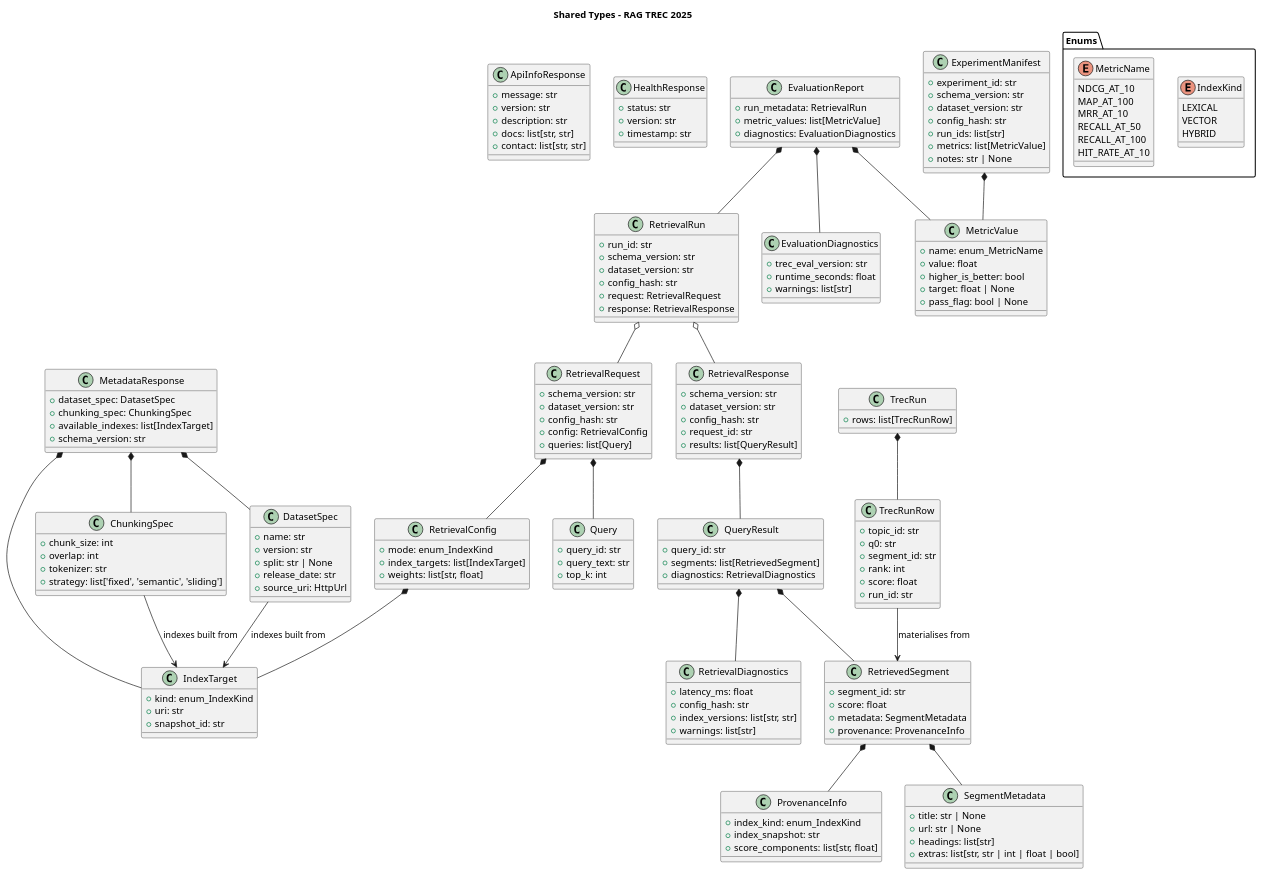
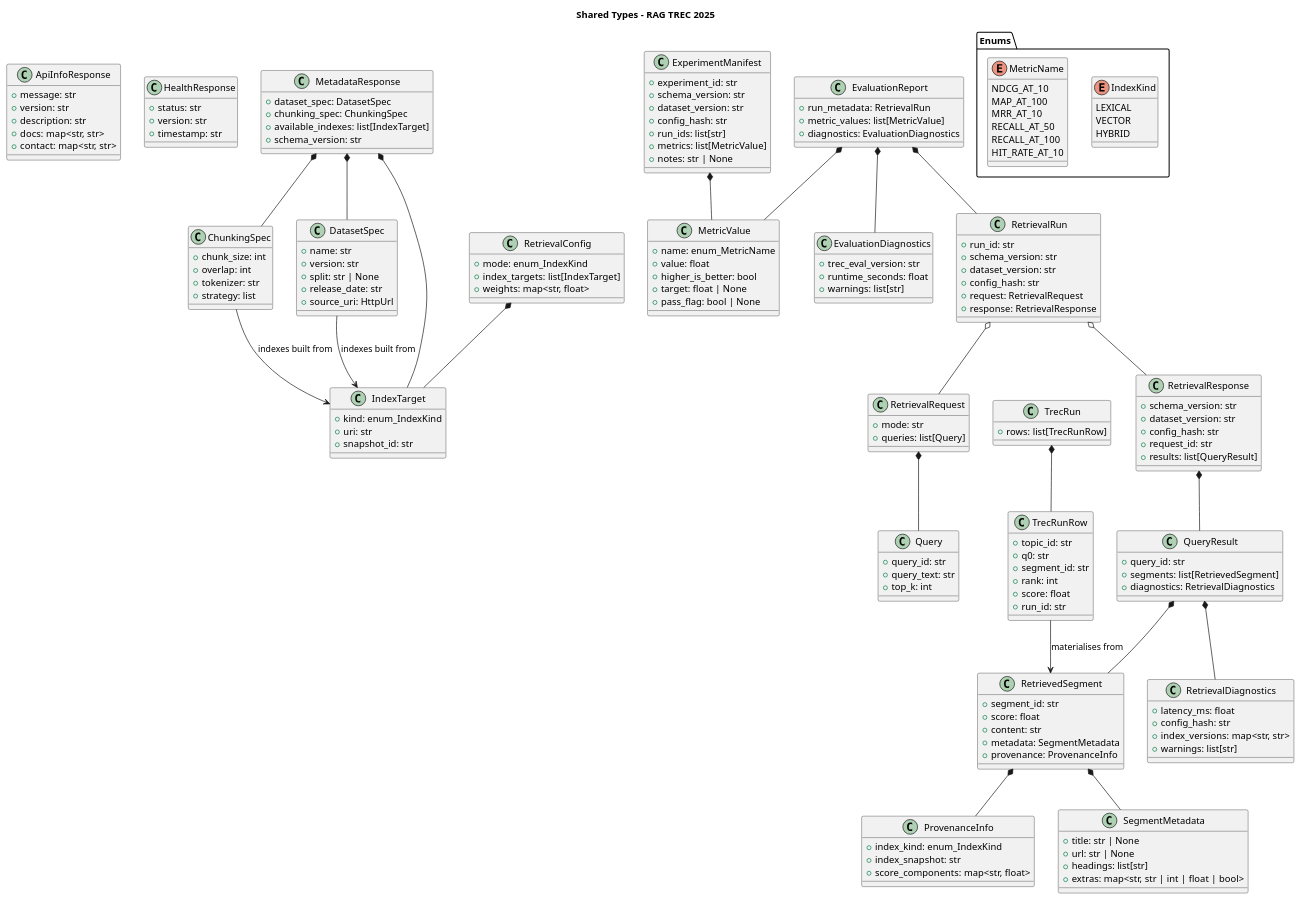
Before and after one commit to LukasStrickler/RAG-with-LLMs-TREC-2025-Information-Retrieval: the diagram in .docs/uml/generated_classes.puml, drawn with PlantUML. The commit also changed 1 other file, not shown here.

Commit message:
feat(uml): Refactor class diagrams with enums and structural improvements
Introduce new enums for IndexKind and MetricName to improve type safety
Modify data structures to use maps instead of lists for key-value pairs
Remove redundant fields from RetrievalRequest and ProvenanceInfo
Add content field to RetrievedSegment for more comprehensive data
Simplify class relationships and remove unnecessary composition links

```diff
--- a/.docs/uml/generated_classes.puml
+++ b/.docs/uml/generated_classes.puml
@@ -1,199 +1,196 @@
 @startuml shared_types
 title Shared Types - RAG TREC 2025
 
 package "Enums" {
   enum IndexKind {
     LEXICAL
     VECTOR
     HYBRID
   }
   enum MetricName {
     NDCG_AT_10
     MAP_AT_100
     MRR_AT_10
     RECALL_AT_50
     RECALL_AT_100
     HIT_RATE_AT_10
   }
 }
 
 class ApiInfoResponse {
   +message: str
   +version: str
   +description: str
-  +docs: list[str, str]
-  +contact: list[str, str]
+  +docs: map<str, str>
+  +contact: map<str, str>
 }
 
 class HealthResponse {
   +status: str
   +version: str
   +timestamp: str
 }
 
 class MetadataResponse {
   +dataset_spec: DatasetSpec
   +chunking_spec: ChunkingSpec
   +available_indexes: list[IndexTarget]
   +schema_version: str
 }
 
 class ChunkingSpec {
   +chunk_size: int
   +overlap: int
   +tokenizer: str
-  +strategy: list['fixed', 'semantic', 'sliding']
+  +strategy: list
 }
 
 class DatasetSpec {
   +name: str
   +version: str
   +split: str | None
   +release_date: str
   +source_uri: HttpUrl
 }
 
 class IndexTarget {
   +kind: enum_IndexKind
   +uri: str
   +snapshot_id: str
 }
 
 class EvaluationDiagnostics {
   +trec_eval_version: str
   +runtime_seconds: float
   +warnings: list[str]
 }
 
 class MetricValue {
   +name: enum_MetricName
   +value: float
   +higher_is_better: bool
   +target: float | None
   +pass_flag: bool | None
 }
 
 class EvaluationReport {
   +run_metadata: RetrievalRun
   +metric_values: list[MetricValue]
   +diagnostics: EvaluationDiagnostics
 }
 
 class ExperimentManifest {
   +experiment_id: str
   +schema_version: str
   +dataset_version: str
   +config_hash: str
   +run_ids: list[str]
   +metrics: list[MetricValue]
   +notes: str | None
 }
 
 class RetrievalRun {
   +run_id: str
   +schema_version: str
   +dataset_version: str
   +config_hash: str
   +request: RetrievalRequest
   +response: RetrievalResponse
 }
 
 class TrecRun {
   +rows: list[TrecRunRow]
 }
 
 class TrecRunRow {
   +topic_id: str
   +q0: str
   +segment_id: str
   +rank: int
   +score: float
   +run_id: str
 }
 
 class RetrievalConfig {
   +mode: enum_IndexKind
   +index_targets: list[IndexTarget]
-  +weights: list[str, float]
+  +weights: map<str, float>
 }
 
 class Query {
   +query_id: str
   +query_text: str
   +top_k: int
 }
 
 class RetrievalRequest {
-  +schema_version: str
-  +dataset_version: str
-  +config_hash: str
-  +config: RetrievalConfig
+  +mode: str
   +queries: list[Query]
 }
 
 class ProvenanceInfo {
   +index_kind: enum_IndexKind
   +index_snapshot: str
-  +score_components: list[str, float]
+  +score_components: map<str, float>
 }
 
 class QueryResult {
   +query_id: str
   +segments: list[RetrievedSegment]
   +diagnostics: RetrievalDiagnostics
 }
 
 class RetrievalDiagnostics {
   +latency_ms: float
   +config_hash: str
-  +index_versions: list[str, str]
+  +index_versions: map<str, str>
   +warnings: list[str]
 }
 
 class RetrievalResponse {
   +schema_version: str
   +dataset_version: str
   +config_hash: str
   +request_id: str
   +results: list[QueryResult]
 }
 
 class RetrievedSegment {
   +segment_id: str
   +score: float
+  +content: str
   +metadata: SegmentMetadata
   +provenance: ProvenanceInfo
 }
 
 class SegmentMetadata {
   +title: str | None
   +url: str | None
   +headings: list[str]
-  +extras: list[str, str | int | float | bool]
+  +extras: map<str, str | int | float | bool>
 }
 
 ' Dynamic Relationships
 EvaluationReport *-- EvaluationDiagnostics
 EvaluationReport *-- MetricValue
 EvaluationReport *-- RetrievalRun
 ExperimentManifest *-- MetricValue
 MetadataResponse *-- ChunkingSpec
 MetadataResponse *-- DatasetSpec
 MetadataResponse *-- IndexTarget
 QueryResult *-- RetrievalDiagnostics
 QueryResult *-- RetrievedSegment
 RetrievalConfig *-- IndexTarget
 RetrievalRequest *-- Query
-RetrievalRequest *-- RetrievalConfig
 RetrievalResponse *-- QueryResult
 RetrievalRun o-- RetrievalRequest
 RetrievalRun o-- RetrievalResponse
 RetrievedSegment *-- ProvenanceInfo
 RetrievedSegment *-- SegmentMetadata
 TrecRun *-- TrecRunRow
 
 ' Reference Relationships
 DatasetSpec --> IndexTarget : indexes built from
 ChunkingSpec --> IndexTarget : indexes built from
 TrecRunRow --> RetrievedSegment : materialises from
 @enduml
```
